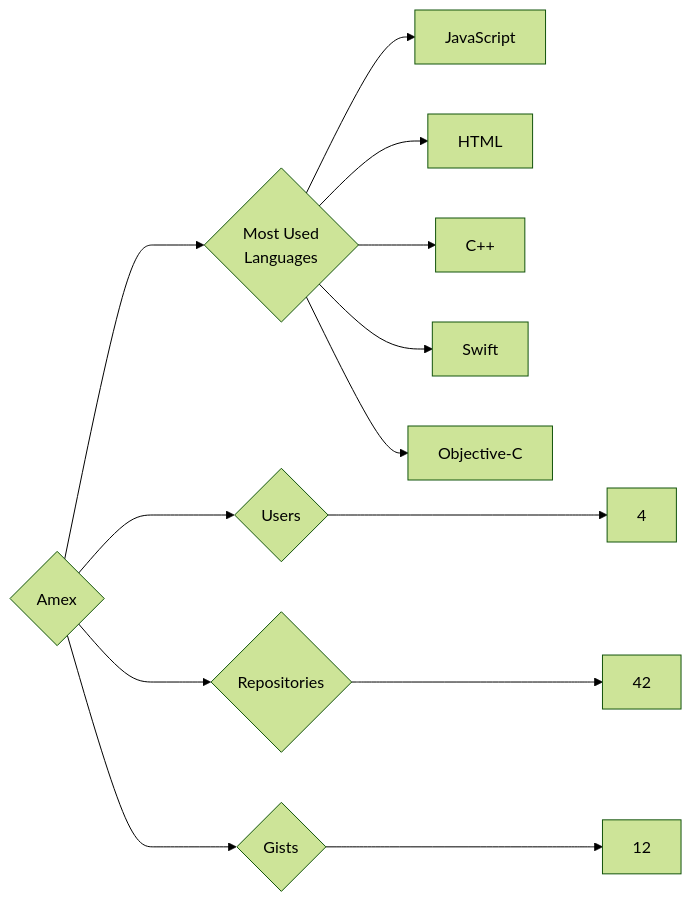
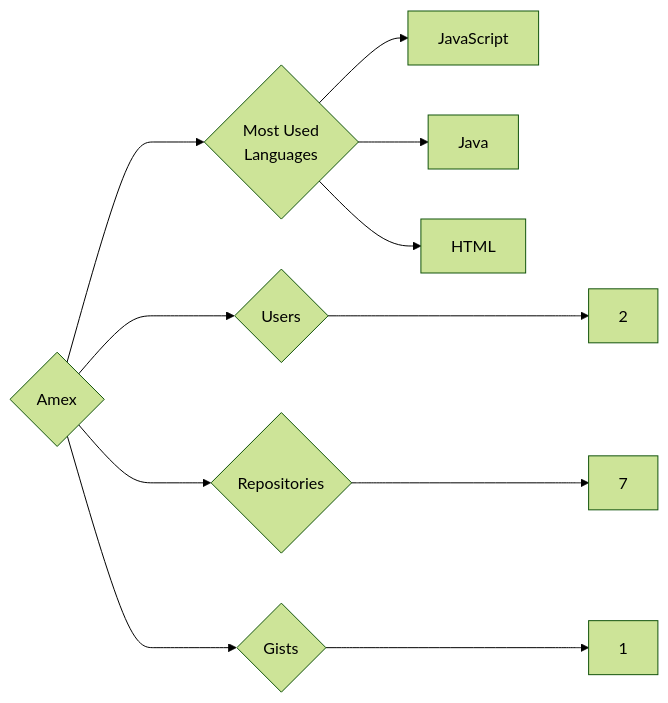
Before and after one commit to trickest/insiders: the diagram in targets/Amex/README.md, drawn with Mermaid (forest theme). The commit also changed 618 other files, not shown here.

````diff
--- a/targets/Amex/README.md
+++ b/targets/Amex/README.md
@@ -3,13 +3,11 @@
 ```mermaid
 graph LR
 COMPANY_NAME{Amex}
-COMPANY_NAME ---> U{Users} ---> UN[4]
-COMPANY_NAME ---> R{Repositories} ---> RN[42]
-COMPANY_NAME ---> G{Gists} ---> GN[12]
+COMPANY_NAME ---> U{Users} ---> UN[2]
+COMPANY_NAME ---> R{Repositories} ---> RN[7]
+COMPANY_NAME ---> G{Gists} ---> GN[1]
 COMPANY_NAME ---> ML{Most Used<br>Languages}
 ML --> JavaScript[JavaScript]
+ML --> Java[Java]
 ML --> HTML[HTML]
-ML --> C++[C++]
-ML --> Swift[Swift]
-ML --> Objective-C[Objective-C]
 ```
````
